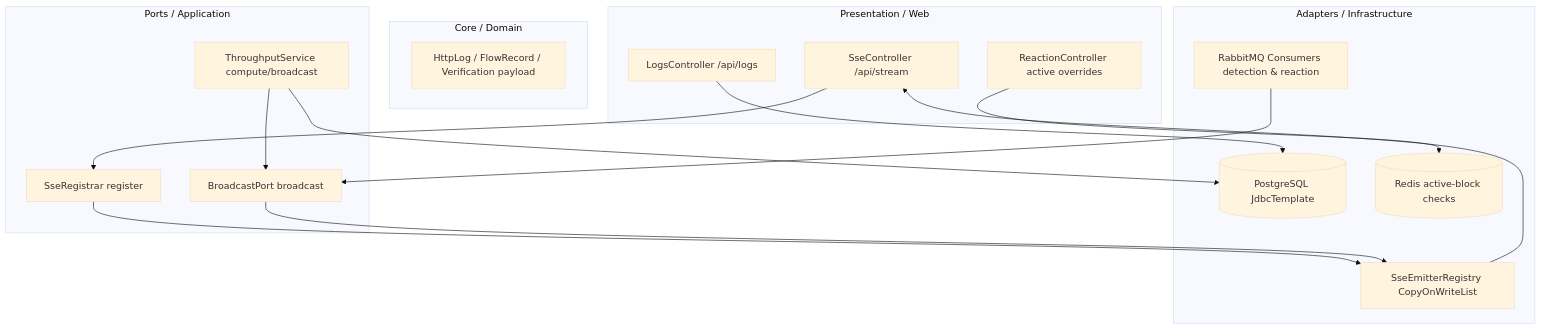
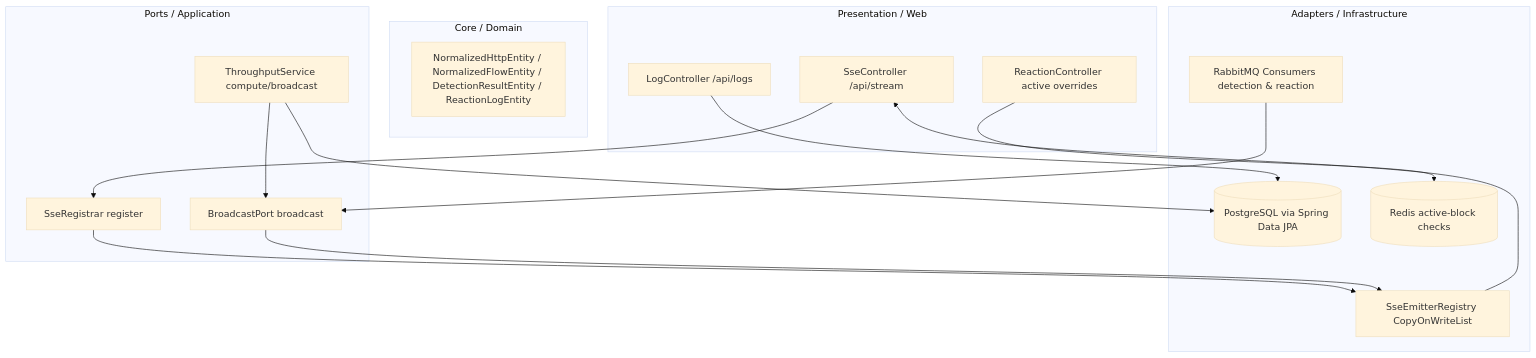
The diagram in docs/DashboardService.md (nvh12/log-analyzer), drawn with Mermaid (base theme) before and after one commit. The commit also changed other lines of this file and 45 other files, not shown here.

````diff
--- a/docs/DashboardService.md
+++ b/docs/DashboardService.md
@@ -16,35 +16,35 @@
 ```mermaid
 graph TD
     subgraph Presentation / Web
         SseController[SseController /api/stream]
-        LogsController[LogsController /api/logs]
+        LogsController[LogController /api/logs]
         RxController[ReactionController active overrides]
     end
 
     subgraph Ports / Application
         SseRegistrar[SseRegistrar register]
         Throughput[ThroughputService compute/broadcast]
         BroadcastPort[BroadcastPort broadcast]
     end
 
     subgraph Core / Domain
-        Entities[HttpLog / FlowRecord / Verification payload]
+        Entities[NormalizedHttpEntity / NormalizedFlowEntity / DetectionResultEntity / ReactionLogEntity]
     end
 
     subgraph Adapters / Infrastructure
         SseRegistry[SseEmitterRegistry CopyOnWriteList]
-        Postgres[(PostgreSQL JdbcTemplate)]
+        Postgres[(PostgreSQL via Spring Data JPA)]
         Redis[(Redis active-block checks)]
         Consumers[RabbitMQ Consumers detection & reaction]
     end
 
     SseController --> SseRegistrar
     LogsController --> Postgres
     RxController --> Redis
     SseRegistrar --> SseRegistry
     Consumers --> BroadcastPort
     BroadcastPort --> SseRegistry
     Throughput --> Postgres
     Throughput --> BroadcastPort
     SseRegistry --> SseController
 ```
````
